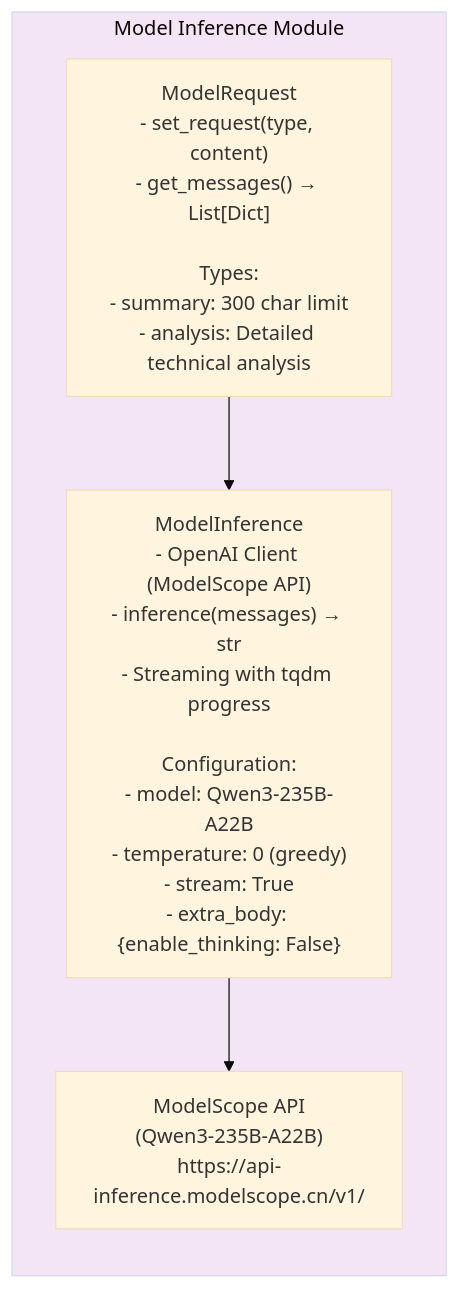
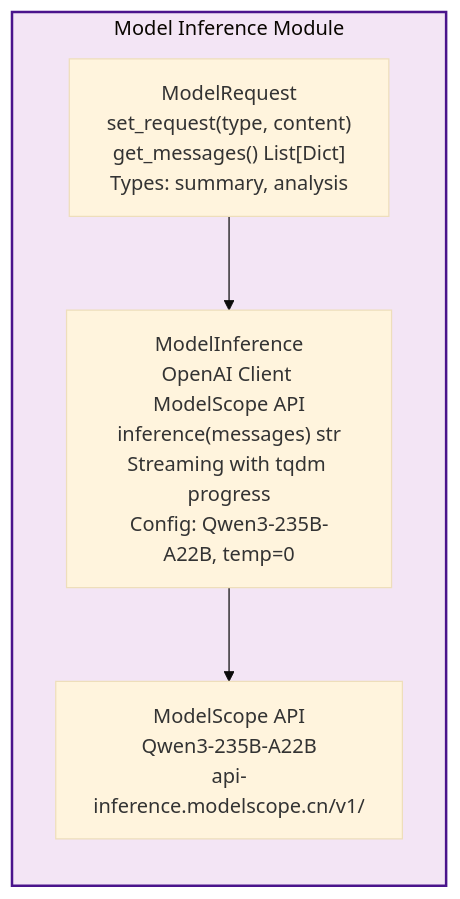
One commit to gatieme/kde changed the diagram in diagrams/model-inference.mmd. Above: the diagram before and after it, drawn with Mermaid (base theme). The commit also changed other lines of this file and 66 other files, not shown here.

First line of the commit message:
docs(diagrams): regenerate and update architecture diagrams

````diff
--- a/diagrams/model-inference.mmd
+++ b/diagrams/model-inference.mmd
@@ -3,16 +1,11 @@
-```mermaid
-flowchart TD
-    subgraph ModelModule["Model Inference Module"]
+flowchart LR
+    subgraph Module["Model Inference Module"]
         direction TB
-
-        REQ["ModelRequest<br/>- set_request(type, content)<br/>- get_messages() → List[Dict]<br/><br/>Types:<br/>- summary: 300 char limit<br/>- analysis: Detailed technical analysis"]
-
-        INF["ModelInference<br/>- OpenAI Client (ModelScope API)<br/>- inference(messages) → str<br/>- Streaming with tqdm progress<br/><br/>Configuration:<br/>- model: Qwen3-235B-A22B<br/>- temperature: 0 (greedy)<br/>- stream: True<br/>- extra_body: {enable_thinking: False}"]
-
-        API["ModelScope API<br/>(Qwen3-235B-A22B)<br/>https://api-inference.modelscope.cn/v1/"]
+        REQUEST["ModelRequest<br/>set_request(type, content)<br/>get_messages() List[Dict]<br/>Types: summary, analysis"]
+        INFERENCE["ModelInference<br/>OpenAI Client ModelScope API<br/>inference(messages) str<br/>Streaming with tqdm progress<br/>Config: Qwen3-235B-A22B, temp=0"]
+        API["ModelScope API<br/>Qwen3-235B-A22B<br/>api-inference.modelscope.cn/v1/"]
     end
 
-    REQ --> INF --> API
+    REQUEST --> INFERENCE --> API
 
-    style ModelModule fill:#f3e5f5
-```
+    style Module fill:#f3e5f5,stroke:#4a148c,stroke-width:2px
````
